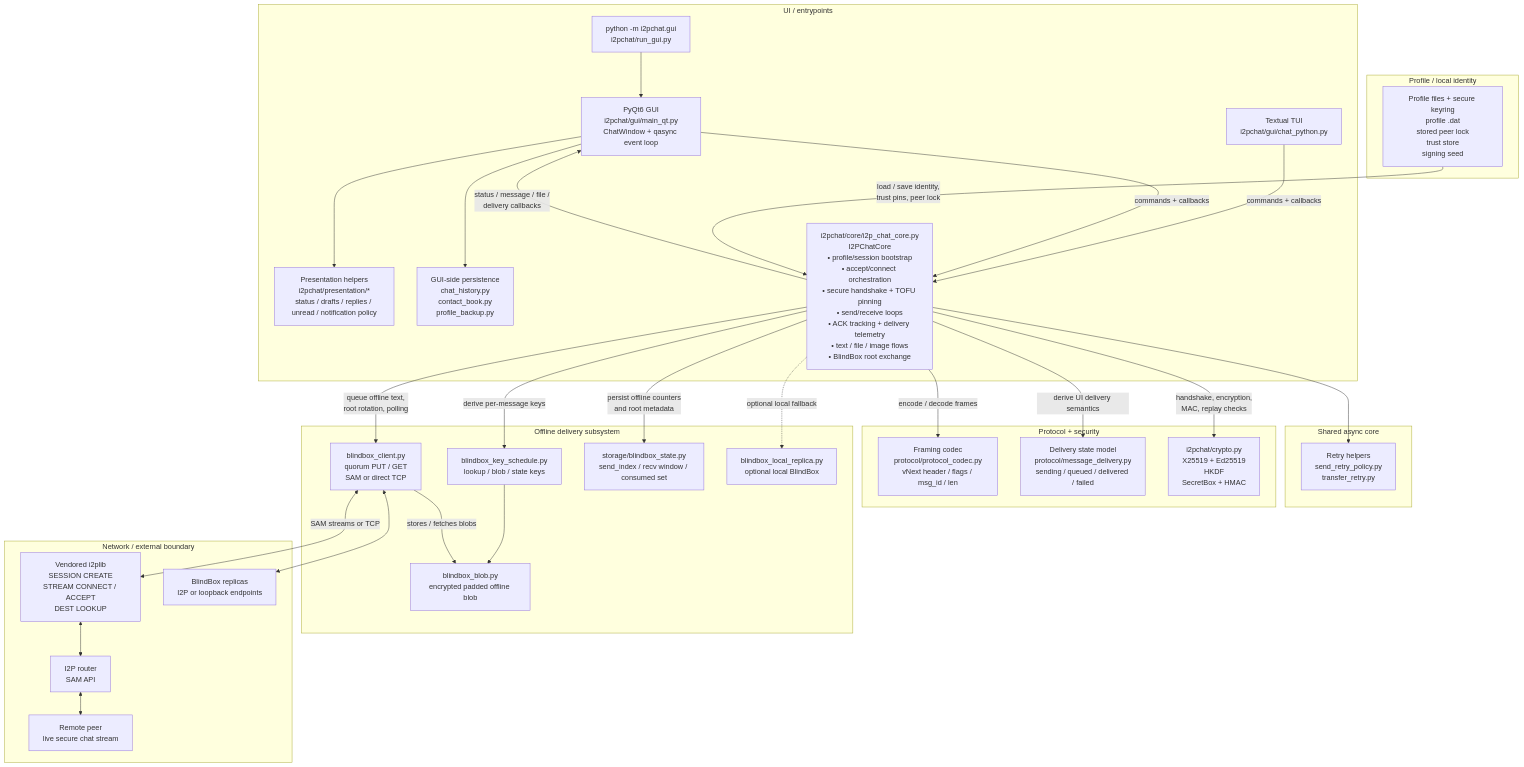
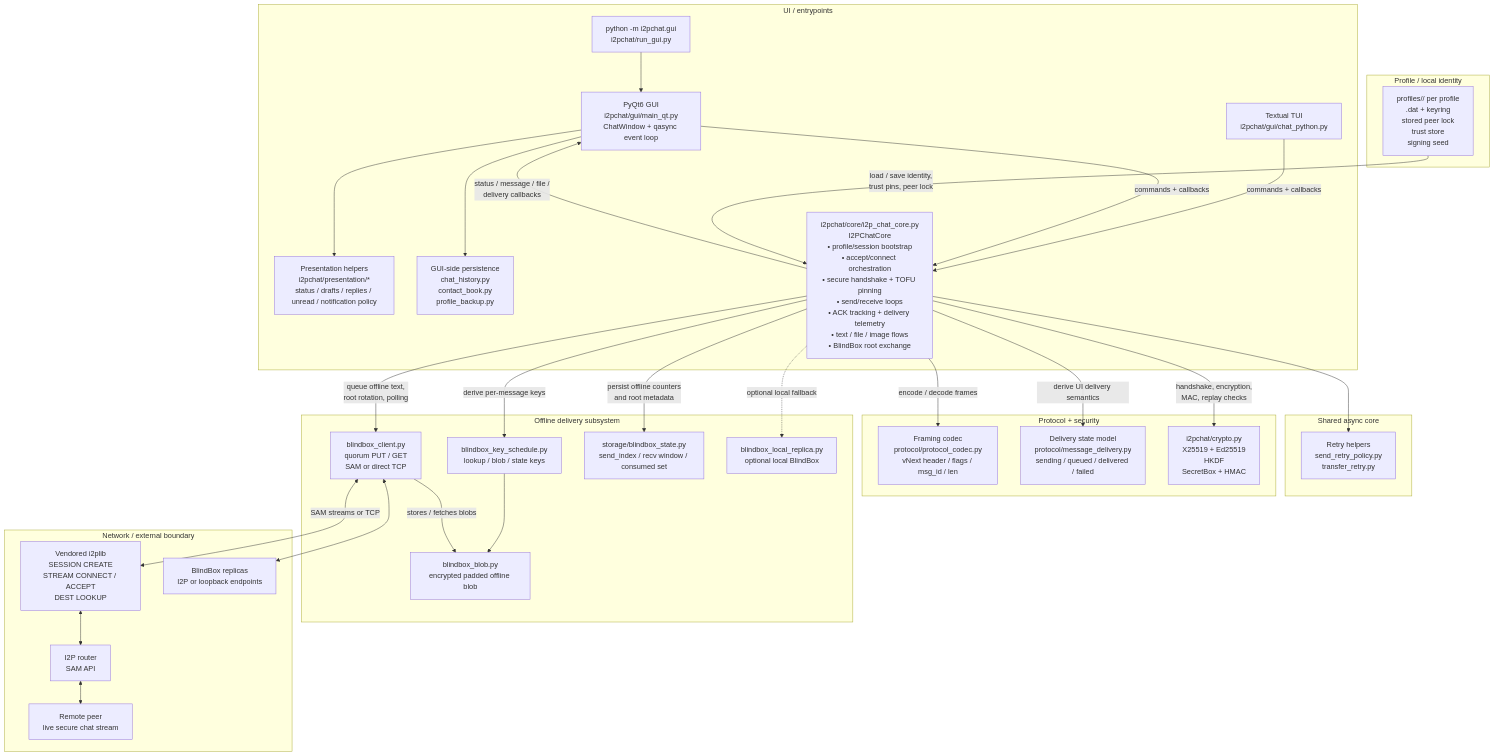
One commit to MetanoicArmor/I2PChat changed the diagram in README.md. Above: the diagram before and after it, drawn with Mermaid. The commit also changed other lines of this file and 22 other files, not shown here.

First line of the commit message:
feat: nest profile data under profiles/<name>/ with migration

```diff
--- a/README.md
+++ b/README.md
@@ -148,8 +148,8 @@
     end
 
     subgraph ProfileState["Profile / local identity"]
-        profile["Profile files + secure keyring
-profile .dat
+        profile["profiles/<name>/ per profile
+<name>.dat + keyring
 stored peer lock
 trust store
 signing seed"]
```
